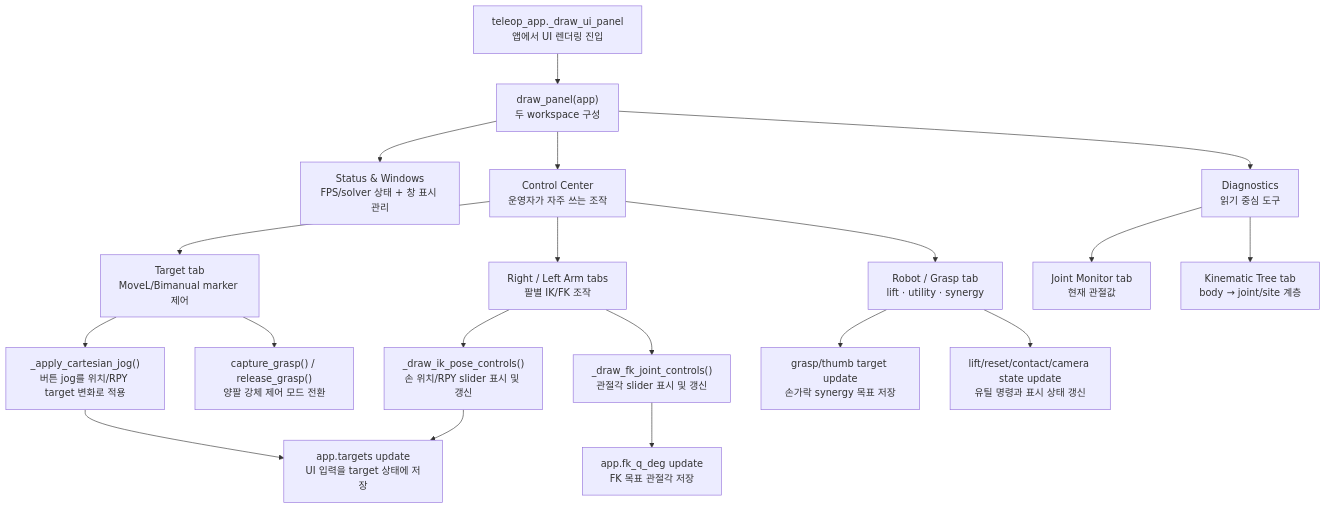
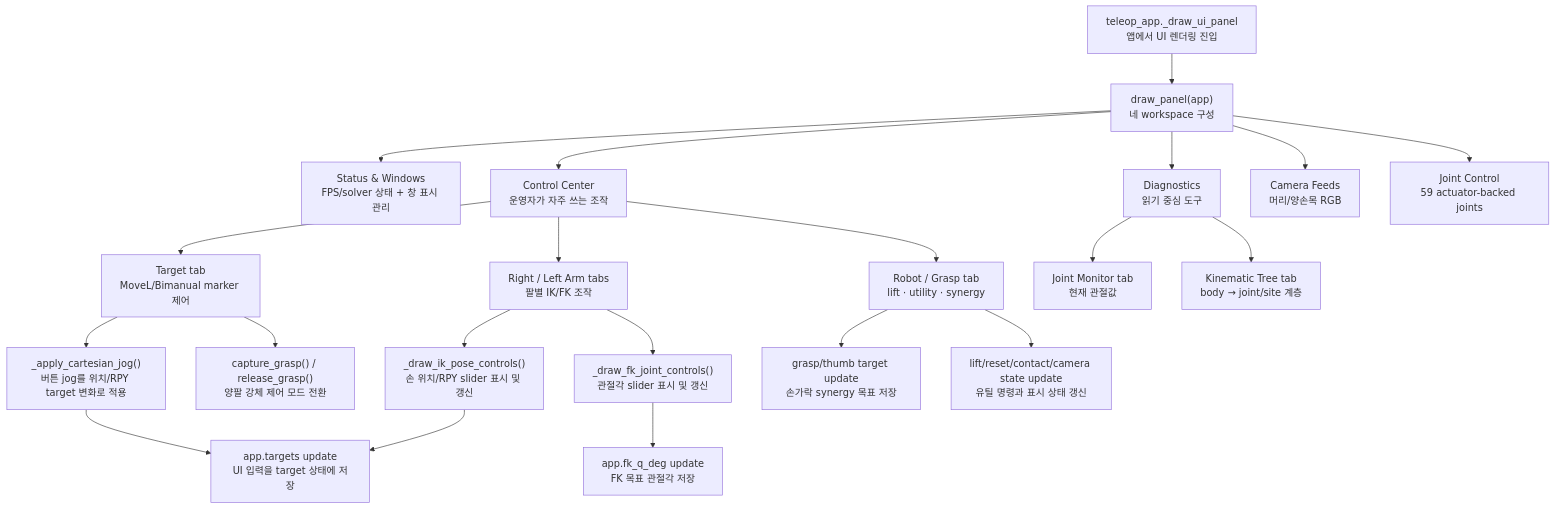
One commit to ggh-png/ffw-sh5-grasp changed the diagram in docs/guide/teleop_ui.md. Above: the diagram before and after it, drawn with Mermaid. The commit also changed other lines of this file and 14 other files, not shown here.

Commit message:
Add camera feeds and direct joint control

````diff
--- a/docs/guide/teleop_ui.md
+++ b/docs/guide/teleop_ui.md
@@ -57,22 +60,24 @@
 ```mermaid
 flowchart TD
-    A["teleop_app._draw_ui_panel<br>앱에서 UI 렌더링 진입"] --> B["draw_panel(app)<br>두 workspace 구성"]
+    A["teleop_app._draw_ui_panel<br>앱에서 UI 렌더링 진입"] --> B["draw_panel(app)<br>네 workspace 구성"]
     B --> C["Status & Windows<br>FPS/solver 상태 + 창 표시 관리"]
     B --> W["Control Center<br>운영자가 자주 쓰는 조작"]
     W --> D["Target tab<br>MoveL/Bimanual marker 제어"]
     W --> E["Right / Left Arm tabs<br>팔별 IK/FK 조작"]
     W --> F["Robot / Grasp tab<br>lift · utility · synergy"]
     B --> X["Diagnostics<br>읽기 중심 도구"]
+    B --> CAM["Camera Feeds<br>머리/양손목 RGB"]
+    B --> JCTL["Joint Control<br>59 actuator-backed joints"]
     X --> G["Joint Monitor tab<br>현재 관절값"]
     X --> H["Kinematic Tree tab<br>body → joint/site 계층"]
 
     D --> I["_apply_cartesian_jog()<br>버튼 jog를 위치/RPY target 변화로 적용"]
     I --> J["app.targets update<br>UI 입력을 target 상태에 저장"]
     D --> K["capture_grasp() / release_grasp()<br>양팔 강체 제어 모드 전환"]
     E --> L["_draw_ik_pose_controls()<br>손 위치/RPY slider 표시 및 갱신"]
     E --> M["_draw_fk_joint_controls()<br>관절각 slider 표시 및 갱신"]
     L --> J
     M --> N["app.fk_q_deg update<br>FK 목표 관절각 저장"]
     F --> O["grasp/thumb target update<br>손가락 synergy 목표 저장"]
     F --> P["lift/reset/contact/camera state update<br>유틸 명령과 표시 상태 갱신"]
 ```
````
